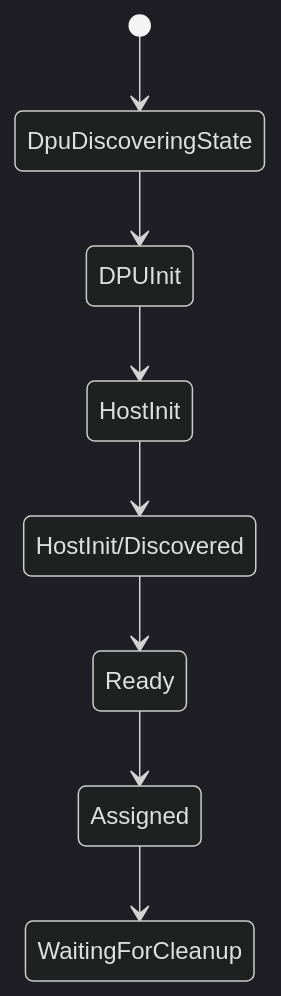
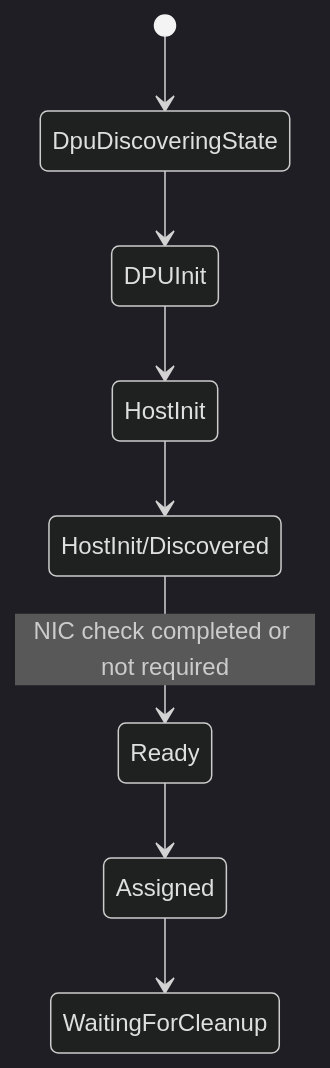
Before and after one commit to dsx-ai-factory/infra-controller: the first of 19 diagrams in docs/architecture/state_machines/managedhost.md, drawn with Mermaid (dark theme). The commit also changed other lines of this file and 3 other files, not shown here.

````diff
--- a/docs/architecture/state_machines/managedhost.md
+++ b/docs/architecture/state_machines/managedhost.md
@@ -9,12 +9,12 @@
 ```mermaid
 stateDiagram-v2
     direction TB
     [*] --> DpuDiscoveringState
     DpuDiscoveringState --> DPUInit
     DPUInit --> HostInit
     HostInit --> HostInit_HI_Discovered
     state "HostInit/Discovered" as HostInit_HI_Discovered
-    HostInit_HI_Discovered --> Ready
+    HostInit_HI_Discovered --> Ready : NIC check completed or not required
     Ready --> Assigned
     Assigned --> WaitingForCleanup
 ```
````
